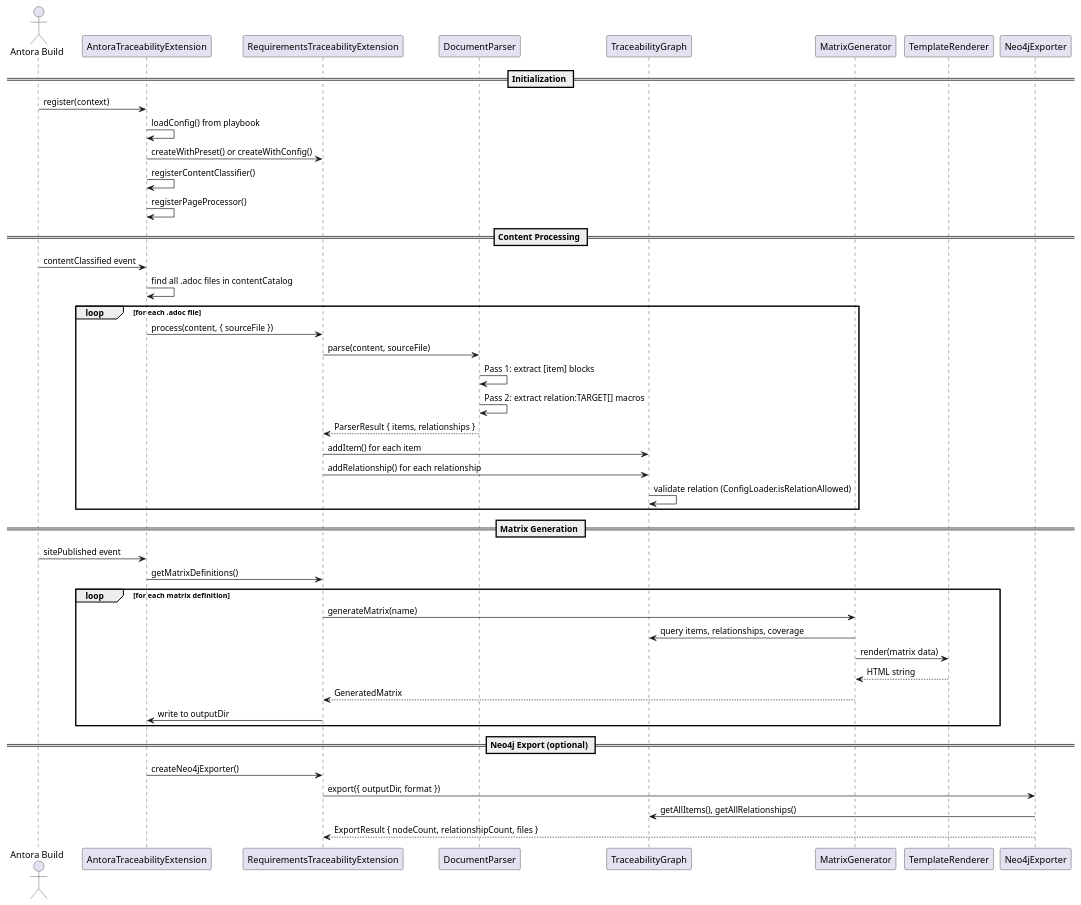
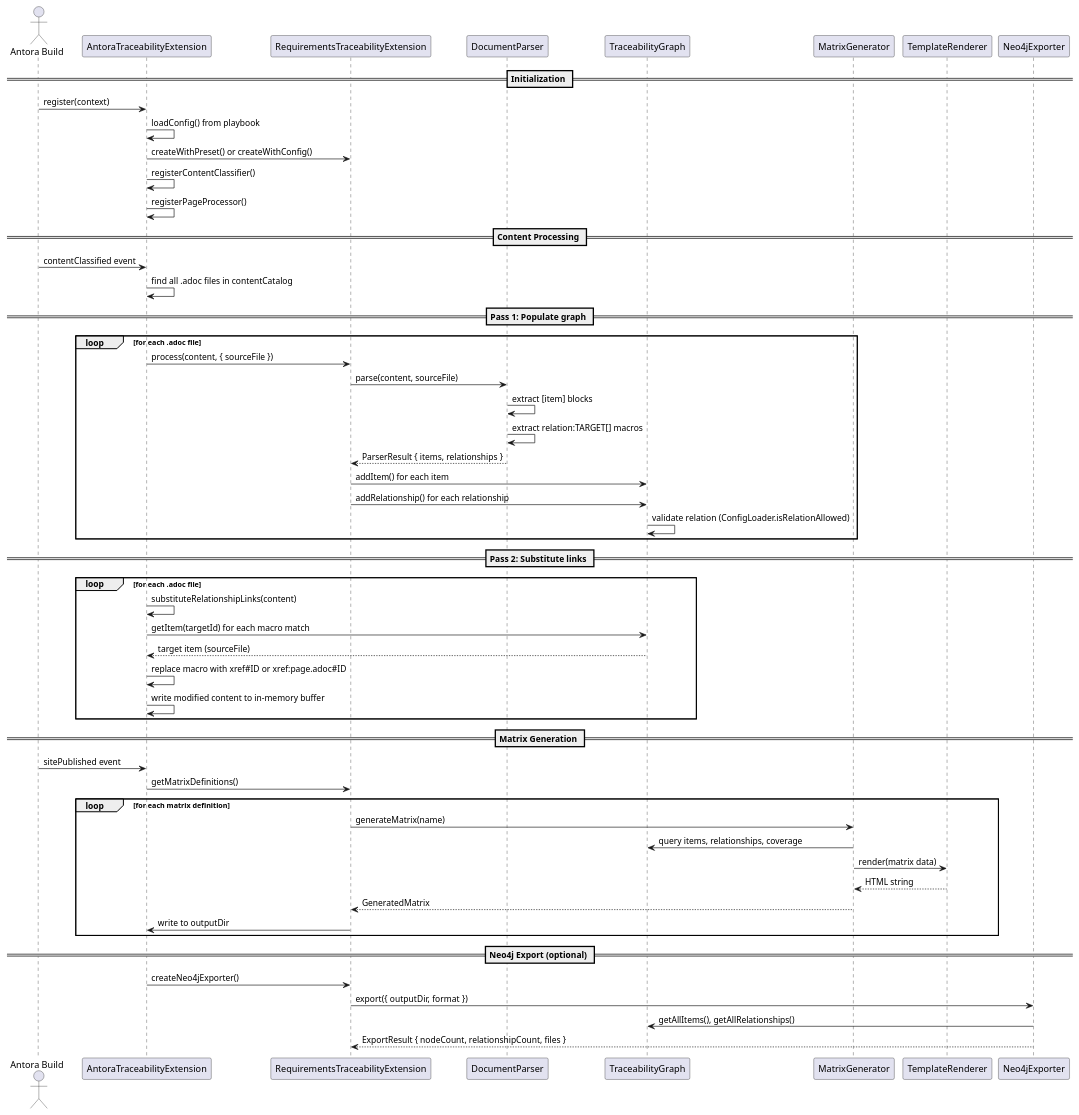
The second of 2 diagrams in examples/modules/ROOT/pages/architecture.adoc (rattermeyer/antora-tracer), drawn with PlantUML before and after one commit. The commit also changed other lines of this file and 7 other files, not shown here.

```diff
--- a/examples/modules/ROOT/pages/architecture.adoc
+++ b/examples/modules/ROOT/pages/architecture.adoc
@@ -135,52 +135,63 @@
 [plantuml, format=svg]
 ....
 @startuml
 actor "Antora Build" as antora
 participant "AntoraTraceabilityExtension" as antora_ext
 participant "RequirementsTraceabilityExtension" as main_ext
 participant "DocumentParser" as parser
 participant "TraceabilityGraph" as graph
 participant "MatrixGenerator" as matrix
 participant "TemplateRenderer" as templates
 participant "Neo4jExporter" as neo4j
 
 == Initialization ==
 antora -> antora_ext : register(context)
 antora_ext -> antora_ext : loadConfig() from playbook
 antora_ext -> main_ext : createWithPreset() or createWithConfig()
 antora_ext -> antora_ext : registerContentClassifier()
 antora_ext -> antora_ext : registerPageProcessor()
 
 == Content Processing ==
 antora -> antora_ext : contentClassified event
 antora_ext -> antora_ext : find all .adoc files in contentCatalog
+
+== Pass 1: Populate graph ==
 loop for each .adoc file
   antora_ext -> main_ext : process(content, { sourceFile })
   main_ext -> parser : parse(content, sourceFile)
-  parser -> parser : Pass 1: extract [item] blocks
-  parser -> parser : Pass 2: extract relation:TARGET[] macros
+  parser -> parser : extract [item] blocks
+  parser -> parser : extract relation:TARGET[] macros
   parser --> main_ext : ParserResult { items, relationships }
   main_ext -> graph : addItem() for each item
   main_ext -> graph : addRelationship() for each relationship
   graph -> graph : validate relation (ConfigLoader.isRelationAllowed)
+end
+
+== Pass 2: Substitute links ==
+loop for each .adoc file
+  antora_ext -> antora_ext : substituteRelationshipLinks(content)
+  antora_ext -> graph : getItem(targetId) for each macro match
+  graph --> antora_ext : target item (sourceFile)
+  antora_ext -> antora_ext : replace macro with xref#ID or xref:page.adoc#ID
+  antora_ext -> antora_ext : write modified content to in-memory buffer
 end
 
 == Matrix Generation ==
 antora -> antora_ext : sitePublished event
 antora_ext -> main_ext : getMatrixDefinitions()
 loop for each matrix definition
   main_ext -> matrix : generateMatrix(name)
   matrix -> graph : query items, relationships, coverage
   matrix -> templates : render(matrix data)
   templates --> matrix : HTML string
   matrix --> main_ext : GeneratedMatrix
   main_ext -> antora_ext : write to outputDir
 end
 
 == Neo4j Export (optional) ==
 antora_ext -> main_ext : createNeo4jExporter()
 main_ext -> neo4j : export({ outputDir, format })
 neo4j -> graph : getAllItems(), getAllRelationships()
 neo4j --> main_ext : ExportResult { nodeCount, relationshipCount, files }
 @enduml
 ....
```
